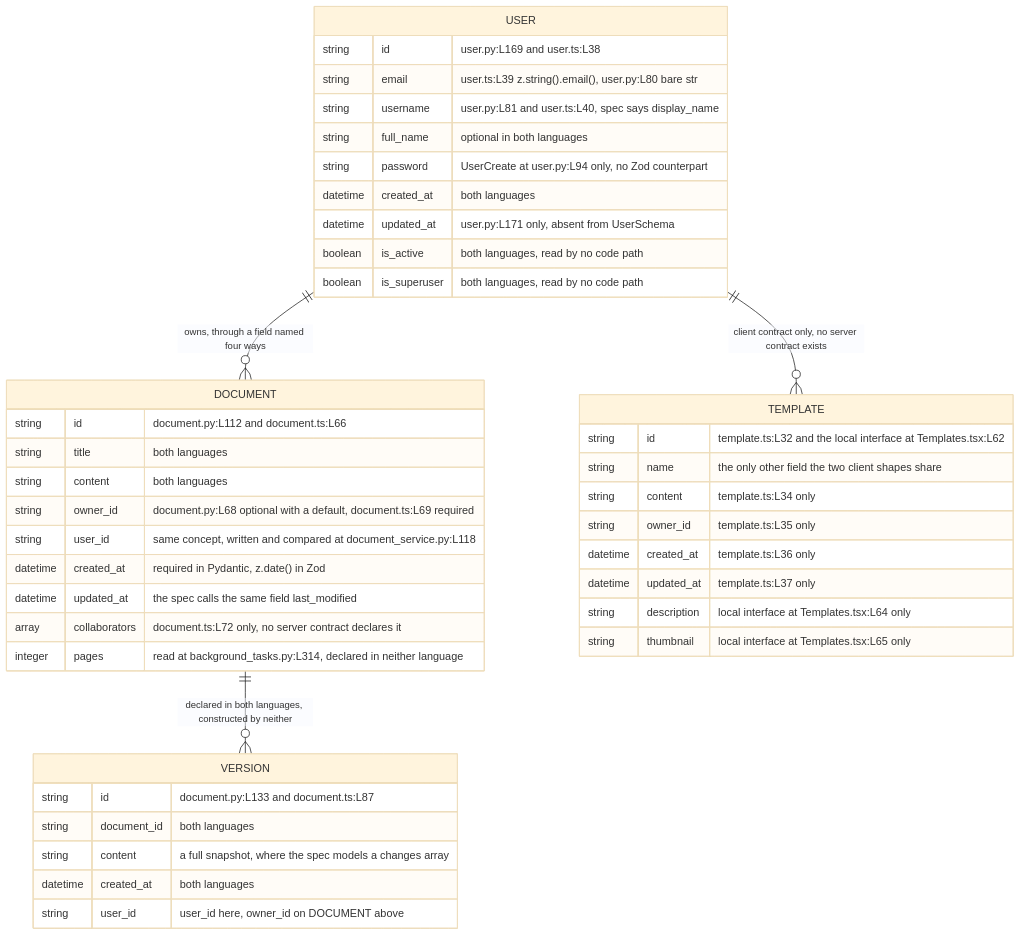
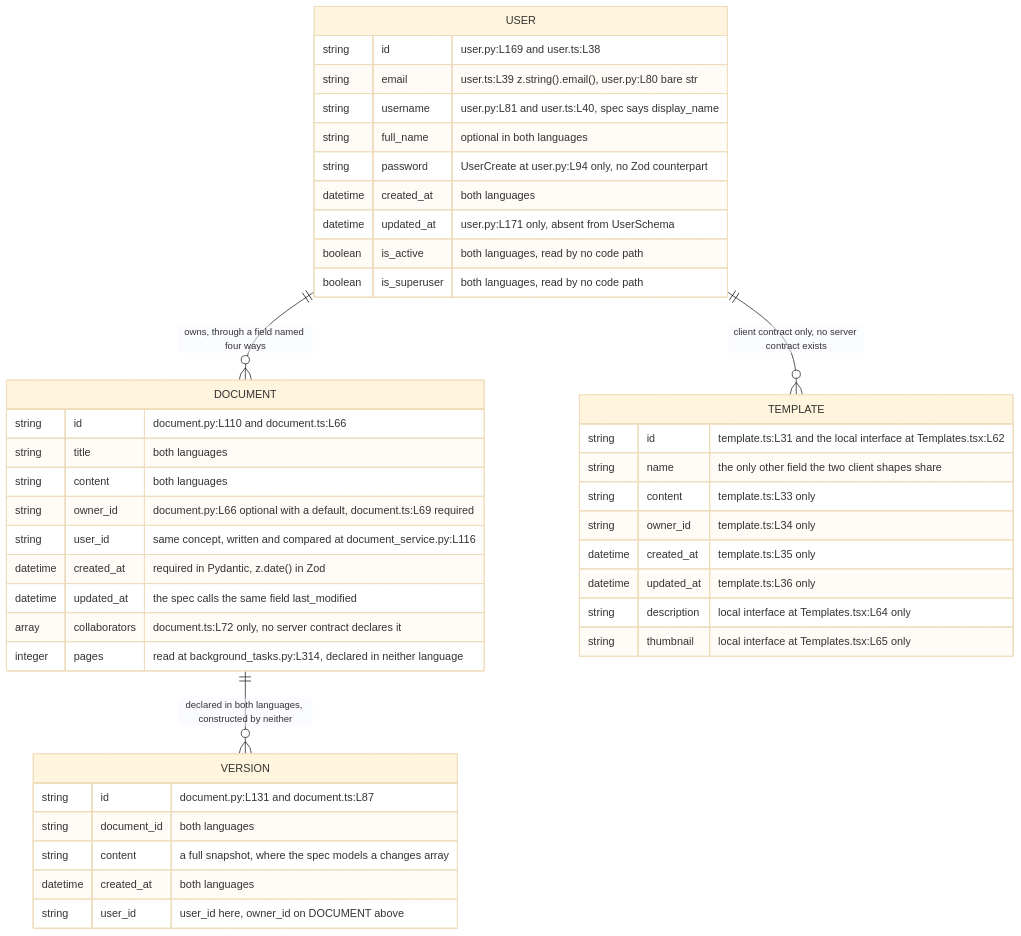
Before and after one commit to blitzy-public-samples/microsoft-word-u33ko0: the first of 2 diagrams in docs/data-model.md, drawn with Mermaid (base theme). The commit also changed other lines of this file and 46 other files, not shown here.

````diff
--- a/docs/data-model.md
+++ b/docs/data-model.md
@@ -153,52 +153,52 @@
 ```mermaid
 erDiagram
     USER ||--o{ DOCUMENT : "owns, through a field named four ways"
     DOCUMENT ||--o{ VERSION : "declared in both languages, constructed by neither"
     USER ||--o{ TEMPLATE : "client contract only, no server contract exists"
 
     USER {
         string id "user.py:L169 and user.ts:L38"
         string email "user.ts:L39 z.string().email(), user.py:L80 bare str"
         string username "user.py:L81 and user.ts:L40, spec says display_name"
         string full_name "optional in both languages"
         string password "UserCreate at user.py:L94 only, no Zod counterpart"
         datetime created_at "both languages"
         datetime updated_at "user.py:L171 only, absent from UserSchema"
         boolean is_active "both languages, read by no code path"
         boolean is_superuser "both languages, read by no code path"
     }
 
     DOCUMENT {
-        string id "document.py:L112 and document.ts:L66"
+        string id "document.py:L110 and document.ts:L66"
         string title "both languages"
         string content "both languages"
-        string owner_id "document.py:L68 optional with a default, document.ts:L69 required"
-        string user_id "same concept, written and compared at document_service.py:L118"
+        string owner_id "document.py:L66 optional with a default, document.ts:L69 required"
+        string user_id "same concept, written and compared at document_service.py:L116"
         datetime created_at "required in Pydantic, z.date() in Zod"
         datetime updated_at "the spec calls the same field last_modified"
         array collaborators "document.ts:L72 only, no server contract declares it"
         integer pages "read at background_tasks.py:L314, declared in neither language"
     }
 
     VERSION {
-        string id "document.py:L133 and document.ts:L87"
+        string id "document.py:L131 and document.ts:L87"
         string document_id "both languages"
         string content "a full snapshot, where the spec models a changes array"
         datetime created_at "both languages"
         string user_id "user_id here, owner_id on DOCUMENT above"
     }
 
     TEMPLATE {
-        string id "template.ts:L32 and the local interface at Templates.tsx:L62"
+        string id "template.ts:L31 and the local interface at Templates.tsx:L62"
         string name "the only other field the two client shapes share"
-        string content "template.ts:L34 only"
-        string owner_id "template.ts:L35 only"
-        datetime created_at "template.ts:L36 only"
-        datetime updated_at "template.ts:L37 only"
+        string content "template.ts:L33 only"
+        string owner_id "template.ts:L34 only"
+        datetime created_at "template.ts:L35 only"
+        datetime updated_at "template.ts:L36 only"
         string description "local interface at Templates.tsx:L64 only"
         string thumbnail "local interface at Templates.tsx:L65 only"
     }
 
 %% Both names appear wherever the two languages disagree, because no name is canonical.
 %% A comment naming a single file and line means only that position declares the field.
 ```
````
